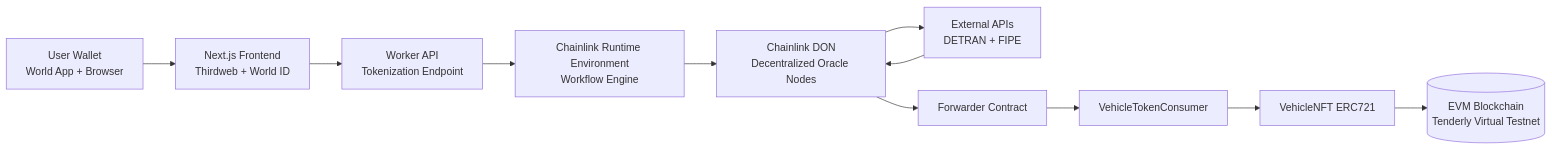
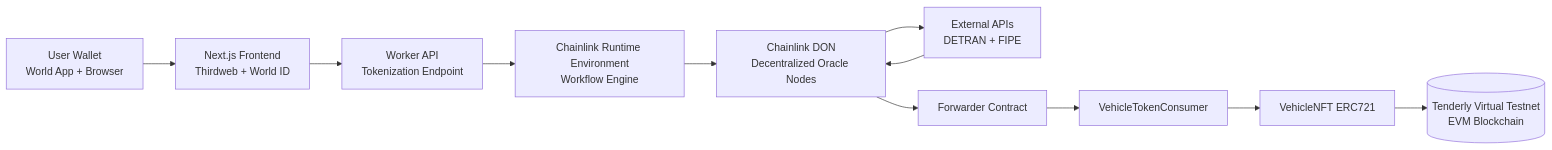
One commit to luizoamorim/rwa-chainlink-convergence changed the first of 2 diagrams in README_ARCHITECTURE.md. Above: the diagram before and after it, drawn with Mermaid. The commit also changed other lines of this file and 1 other file, not shown here.

````diff
--- a/README_ARCHITECTURE.md
+++ b/README_ARCHITECTURE.md
@@ -58,34 +61,34 @@
 ```mermaid
 flowchart LR
 
 User[User Wallet<br/>World App + Browser]
 
 FE[Next.js Frontend<br/>Thirdweb + World ID]
 
 API[Worker API<br/>Tokenization Endpoint]
 
 CRE[Chainlink Runtime Environment<br/>Workflow Engine]
 
 DON[Chainlink DON<br/>Decentralized Oracle Nodes]
 
 Oracle[External APIs<br/>DETRAN + FIPE]
 
 Forwarder[Forwarder Contract]
 
 Consumer[VehicleTokenConsumer]
 
 NFT[VehicleNFT ERC721]
 
-Chain[(EVM Blockchain<br/>Tenderly Virtual Testnet)]
+Chain[(Tenderly Virtual Testnet<br/>EVM Blockchain)]
 
 User --> FE
 FE --> API
 API --> CRE
 CRE --> DON
 DON --> Oracle
 Oracle --> DON
 DON --> Forwarder
 Forwarder --> Consumer
 Consumer --> NFT
 NFT --> Chain
 ```
````
